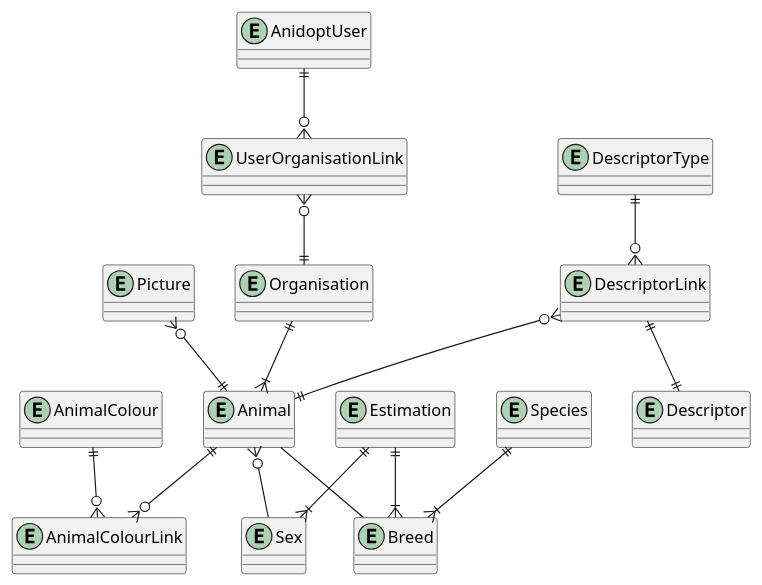
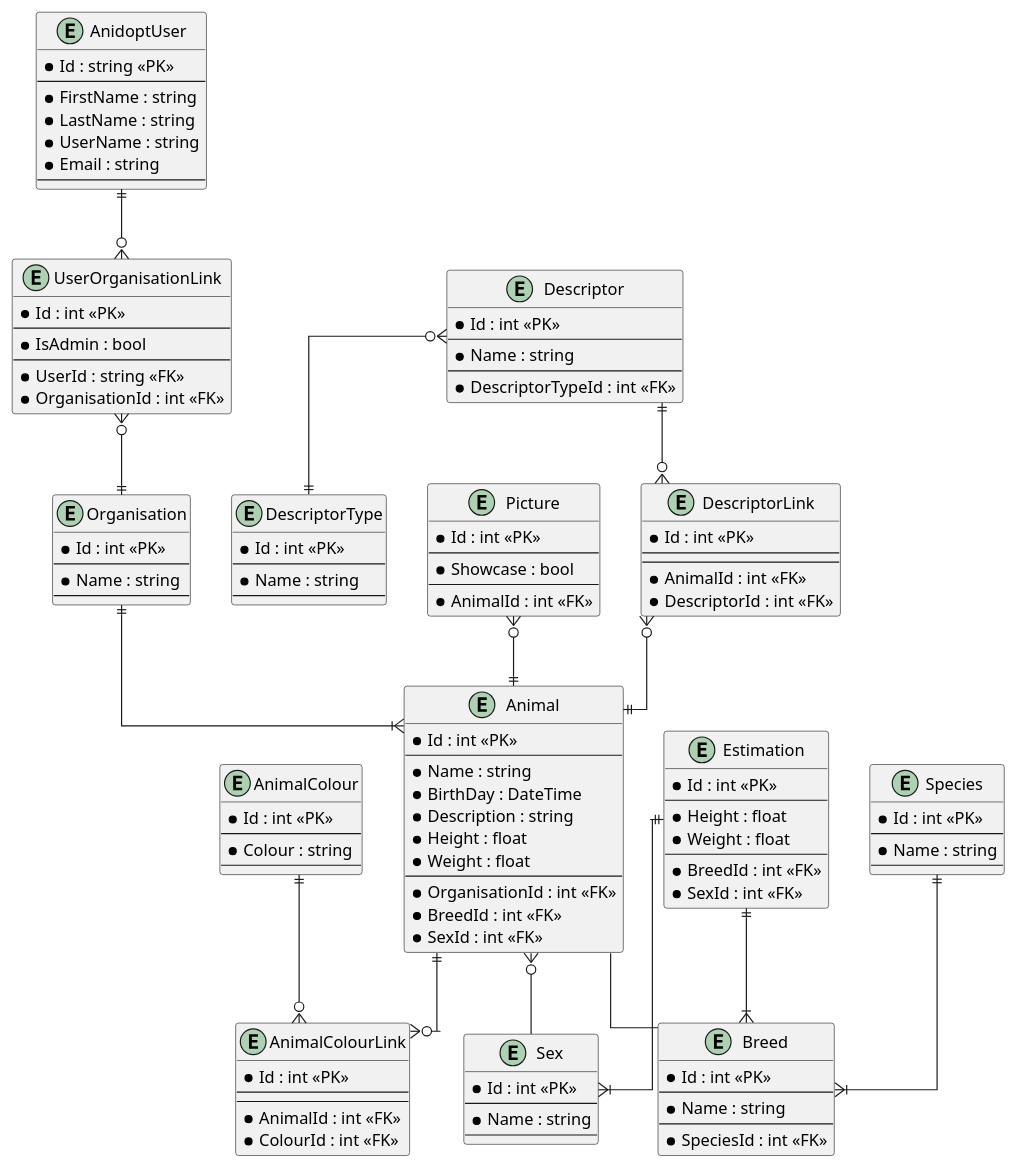
Before and after one commit to aidan-bailey/Anidopt: the diagram in Diagrams/db.plantuml, drawn with PlantUML.

```diff
--- a/Diagrams/db.plantuml
+++ b/Diagrams/db.plantuml
@@ -1,31 +1,123 @@
 @startuml
-entity AnidoptUser {}
-entity Animal {}
-entity AnimalColour {}
-entity AnimalColourLink {}
-entity Breed {}
-entity Descriptor {}
-entity DescriptorLink {}
-entity DescriptorType {}
-entity Estimation {}
-entity Organisation {}
-entity Picture {}
-entity Sex {}
-entity Species {}
-entity UserOrganisationLink {}
+skinparam linetype ortho
+
+entity AnidoptUser {
+    *Id : string <<PK>>
+    --
+    *FirstName : string
+    *LastName : string
+    *UserName : string
+    *Email : string
+    --
+}
+entity Animal {
+    *Id : int <<PK>>
+    --
+    *Name : string
+    *BirthDay : DateTime
+    *Description : string
+    *Height : float
+    *Weight : float
+    --
+    *OrganisationId : int <<FK>>
+    *BreedId : int <<FK>>
+    *SexId : int <<FK>>
+}
+entity AnimalColour {
+    *Id : int <<PK>>
+    --
+    *Colour : string
+    --
+}
+entity AnimalColourLink {
+    *Id : int <<PK>>
+    --
+    --
+    *AnimalId : int <<FK>>
+    *ColourId : int <<FK>>
+}
+entity Breed {
+    *Id : int <<PK>>
+    --
+    *Name : string
+    --
+    *SpeciesId : int <<FK>>
+}
+entity Descriptor {
+    *Id : int <<PK>>
+    --
+    *Name : string
+    --
+    *DescriptorTypeId : int <<FK>>
+}
+entity DescriptorLink {
+    *Id : int <<PK>>
+    --
+    --
+    *AnimalId : int <<FK>>
+    *DescriptorId : int <<FK>>
+}
+entity DescriptorType {
+    *Id : int <<PK>>
+    --
+    *Name : string
+    --
+}
+entity Estimation {
+    *Id : int <<PK>>
+    --
+    *Height : float
+    *Weight : float
+    --
+    *BreedId : int <<FK>>
+    *SexId : int <<FK>>
+}
+entity Organisation {
+    *Id : int <<PK>>
+    --
+    *Name : string
+    --
+}
+entity Picture {
+    *Id : int <<PK>>
+    --
+    *Showcase : bool
+    --
+    *AnimalId : int <<FK>>
+}
+entity Sex {
+    *Id : int <<PK>>
+    --
+    *Name : string
+    --
+}
+entity Species {
+    *Id : int <<PK>>
+    --
+    *Name : string
+    --
+}
+entity UserOrganisationLink {
+    *Id : int <<PK>>
+    --
+    *IsAdmin : bool
+    --
+    *UserId : string <<FK>>
+    *OrganisationId : int <<FK>>
+}
 
 AnidoptUser ||--o{ UserOrganisationLink
 UserOrganisationLink }o--|| Organisation
 Animal -- Breed
 Animal }o-- Sex
 Species ||--|{ Breed
 Organisation ||--|{ Animal
 AnimalColour ||--o{ AnimalColourLink
 Animal ||--o{ AnimalColourLink
 Picture }o--|| Animal
-DescriptorType ||--o{ DescriptorLink
-DescriptorLink ||--|| Descriptor
+Descriptor ||--o{ DescriptorLink
+Descriptor }o--|| DescriptorType
 DescriptorLink }o--|| Animal
 Estimation ||--|{ Sex
 Estimation ||--|{ Breed
 @enduml
```
